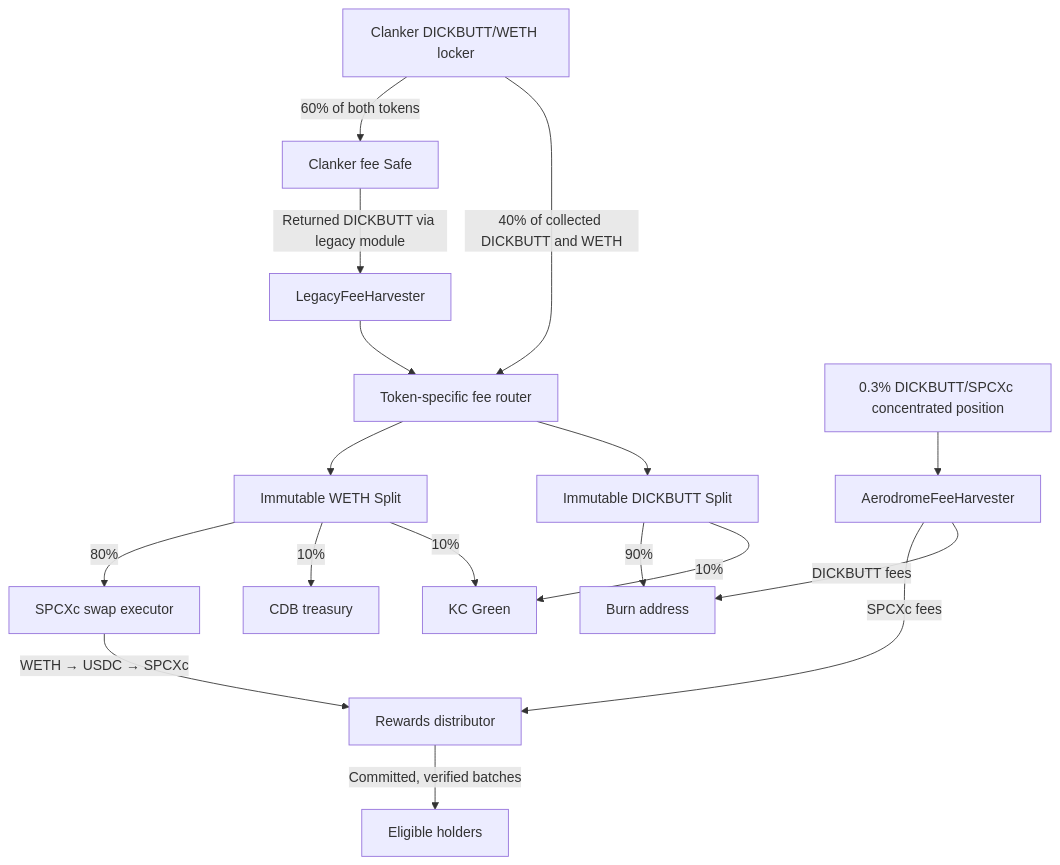
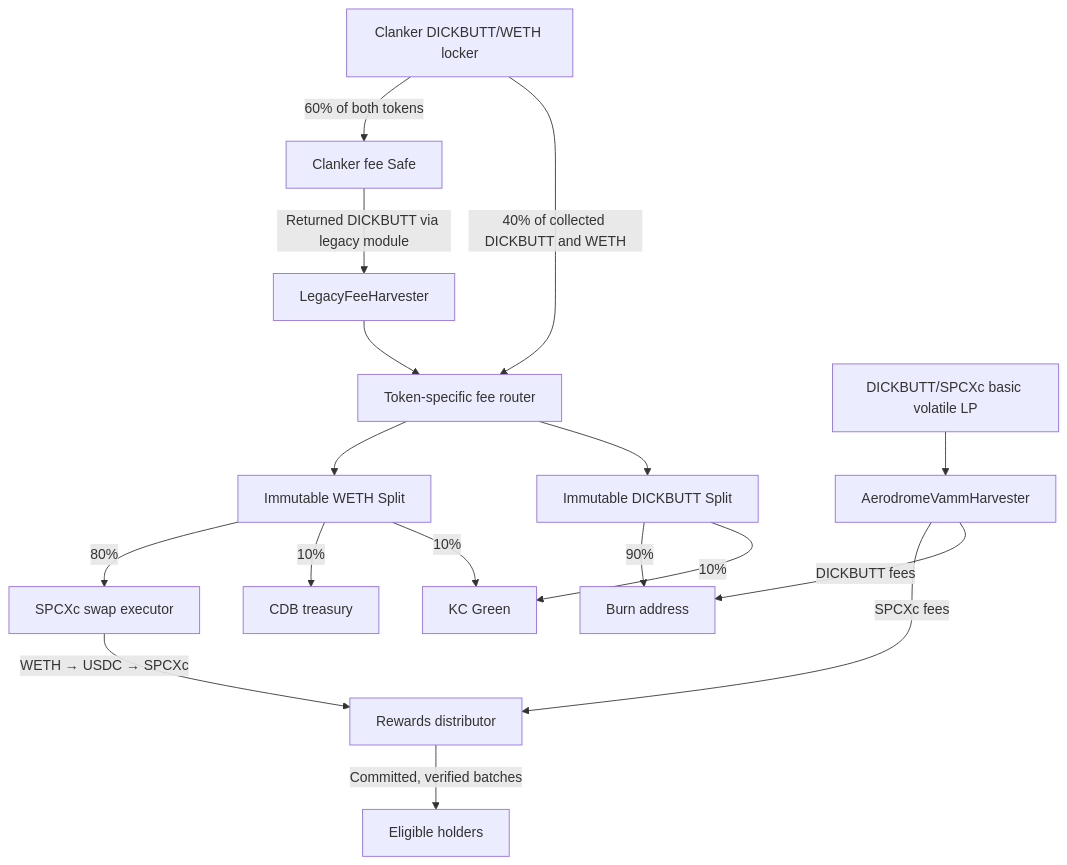
Before and after one commit to jackdishman/dickbutt: the diagram in README.md, drawn with Mermaid. The commit also changed other lines of this file and 77 other files, not shown here.

Commit message:
Support volatile Aerodrome LP custody and repair payout liveness

````diff
--- a/README.md
+++ b/README.md
@@ -16,19 +16,19 @@
 ```mermaid
 flowchart TD
     L[Clanker DICKBUTT/WETH locker] -->|40% of collected DICKBUTT and WETH| R[Token-specific fee router]
     L -->|60% of both tokens| S[Clanker fee Safe]
     S -->|Returned DICKBUTT via legacy module| H[LegacyFeeHarvester]
     H --> R
     R --> DS[Immutable DICKBUTT Split]
     DS -->|10%| KC[KC Green]
     DS -->|90%| B[Burn address]
     R --> WS[Immutable WETH Split]
     WS -->|10%| KC
     WS -->|10%| CDB[CDB treasury]
     WS -->|80%| X[SPCXc swap executor]
     X -->|WETH → USDC → SPCXc| V[Rewards distributor]
-    A[0.3% DICKBUTT/SPCXc concentrated position] --> AH[AerodromeFeeHarvester]
+    A[DICKBUTT/SPCXc basic volatile LP] --> AH[AerodromeVammHarvester]
     AH -->|DICKBUTT fees| B
     AH -->|SPCXc fees| V
     V -->|Committed, verified batches| P[Eligible holders]
 ```
````
